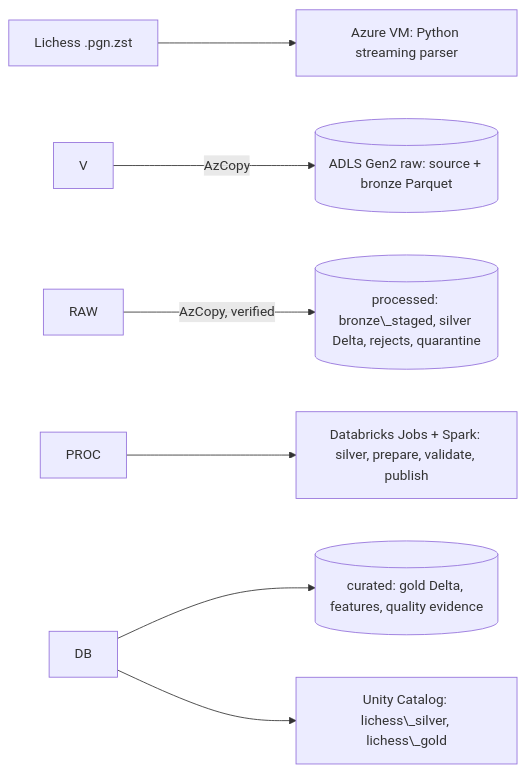
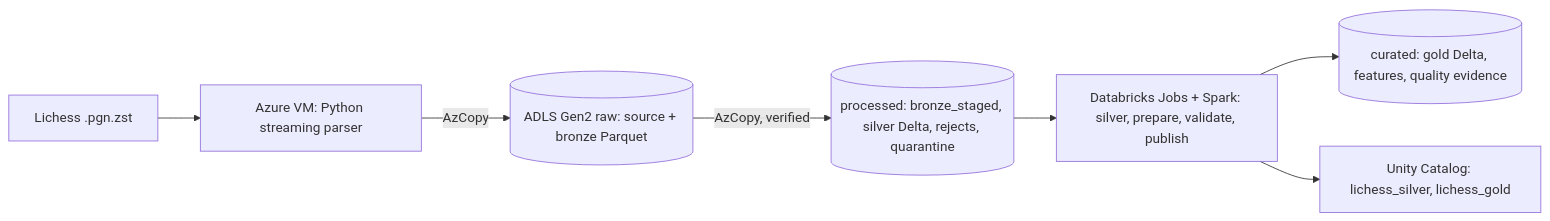
Before and after one commit to rizan-mohammed/dsai3202-lichess: the diagram in README.md, drawn with Mermaid. The commit also changed other lines of this file, not shown here.

````diff
--- a/README.md
+++ b/README.md
@@ -37,9 +45,9 @@
 ```mermaid
 flowchart LR
-  L\[Lichess .pgn.zst] --> V\[Azure VM: Python streaming parser]
-  V -->|AzCopy| RAW\[(ADLS Gen2 raw: source + bronze Parquet)]
-  RAW -->|AzCopy, verified| PROC\[(processed: bronze\_staged, silver Delta, rejects, quarantine)]
-  PROC --> DB\[Databricks Jobs + Spark: silver, prepare, validate, publish]
-  DB --> CUR\[(curated: gold Delta, features, quality evidence)]
-  DB --> UC\[Unity Catalog: lichess\_silver, lichess\_gold]
+  L[Lichess .pgn.zst] --> V[Azure VM: Python streaming parser]
+  V -->|AzCopy| RAW[(ADLS Gen2 raw: source + bronze Parquet)]
+  RAW -->|AzCopy, verified| PROC[(processed: bronze_staged, silver Delta, rejects, quarantine)]
+  PROC --> DB[Databricks Jobs + Spark: silver, prepare, validate, publish]
+  DB --> CUR[(curated: gold Delta, features, quality evidence)]
+  DB --> UC[Unity Catalog: lichess_silver, lichess_gold]
 ```
````
